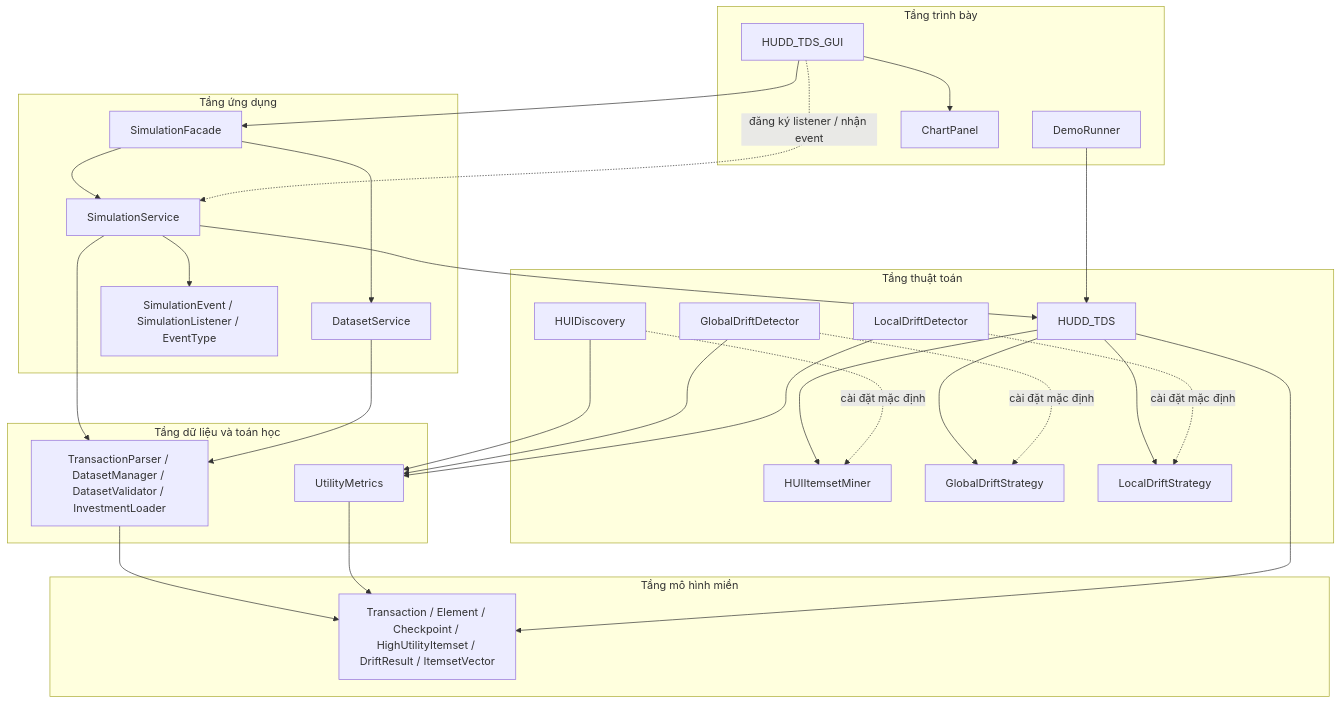
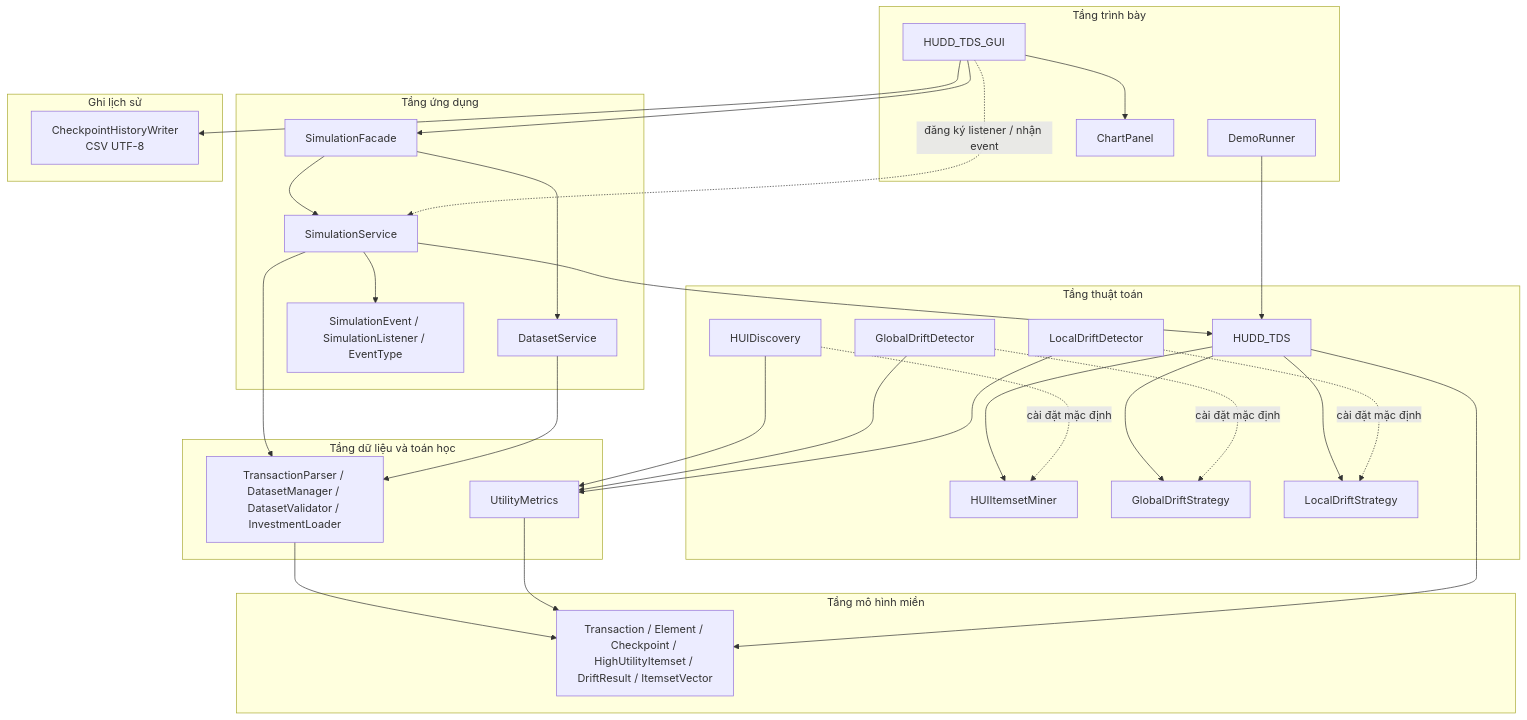
Before and after one commit to Bee-Max-Ne/Lap-Trinh-Java-Nang-Cao: the diagram in docs/architecture.md, drawn with Mermaid. The commit also changed other lines of this file and 28 other files, not shown here.

````diff
--- a/docs/architecture.md
+++ b/docs/architecture.md
@@ -36,57 +36,62 @@
 ```mermaid
 flowchart TD
     subgraph Presentation["Tầng trình bày"]
         GUI["HUDD_TDS_GUI"]
         CLI["DemoRunner"]
         CHART["ChartPanel"]
         GUI --> CHART
     end
 
     subgraph Application["Tầng ứng dụng"]
         FACADE["SimulationFacade"]
         DS["DatasetService"]
         SS["SimulationService"]
         EVENTS["SimulationEvent / SimulationListener / EventType"]
         FACADE --> DS
         FACADE --> SS
         SS --> EVENTS
     end
 
     subgraph Algorithm["Tầng thuật toán"]
         ENGINE["HUDD_TDS"]
         MINER["HUIItemsetMiner"]
         GLOBAL["GlobalDriftStrategy"]
         LOCAL["LocalDriftStrategy"]
         HUI_IMPL["HUIDiscovery"]
         GLOBAL_IMPL["GlobalDriftDetector"]
         LOCAL_IMPL["LocalDriftDetector"]
         ENGINE --> MINER
         ENGINE --> GLOBAL
         ENGINE --> LOCAL
         HUI_IMPL -. "cài đặt mặc định" .-> MINER
         GLOBAL_IMPL -. "cài đặt mặc định" .-> GLOBAL
         LOCAL_IMPL -. "cài đặt mặc định" .-> LOCAL
     end
 
     subgraph DataMath["Tầng dữ liệu và toán học"]
         DATA["TransactionParser / DatasetManager / DatasetValidator / InvestmentLoader"]
         MATH["UtilityMetrics"]
     end
 
+    subgraph Persistence["Ghi lịch sử"]
+        HISTORY["CheckpointHistoryWriter<br/>CSV UTF-8"]
+    end
+
     subgraph Domain["Tầng mô hình miền"]
         MODEL["Transaction / Element / Checkpoint / HighUtilityItemset / DriftResult / ItemsetVector"]
     end
 
     GUI --> FACADE
     GUI -. "đăng ký listener / nhận event" .-> SS
+    GUI --> HISTORY
     CLI --> ENGINE
     SS --> DATA
     SS --> ENGINE
     DS --> DATA
     HUI_IMPL --> MATH
     GLOBAL_IMPL --> MATH
     LOCAL_IMPL --> MATH
     DATA --> MODEL
     MATH --> MODEL
     ENGINE --> MODEL
 ```
````
